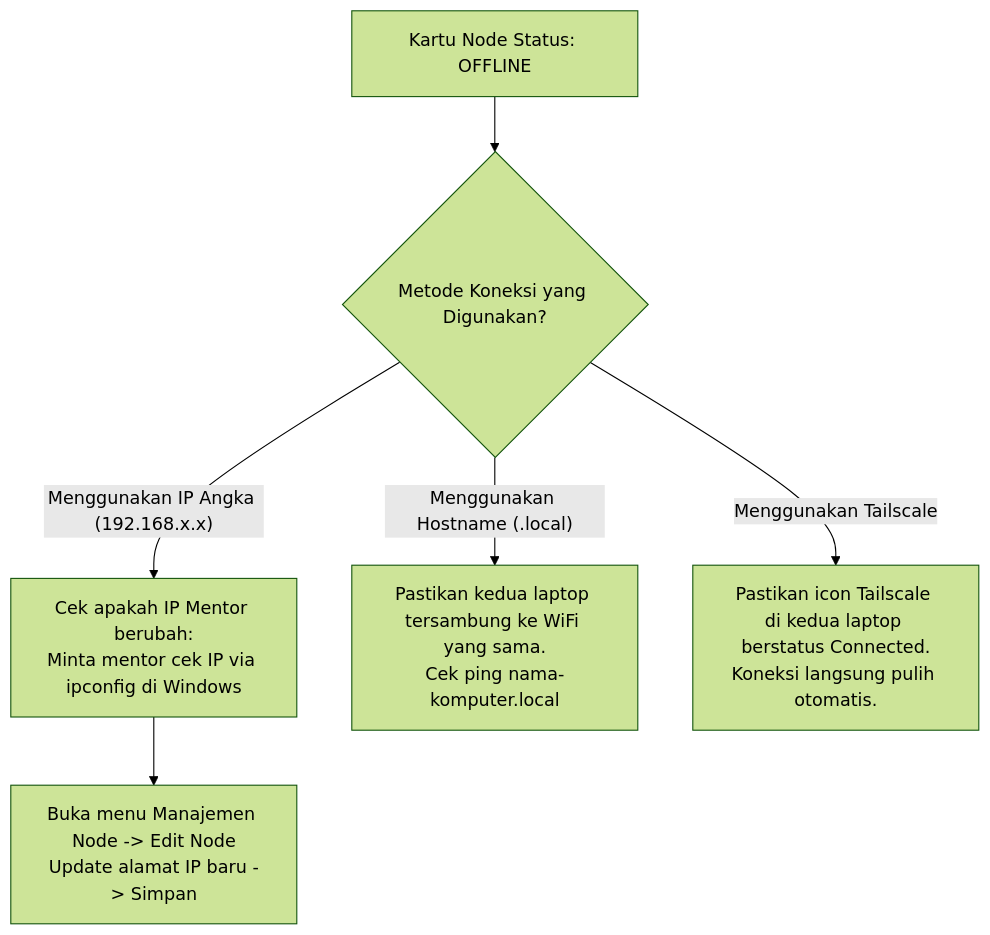
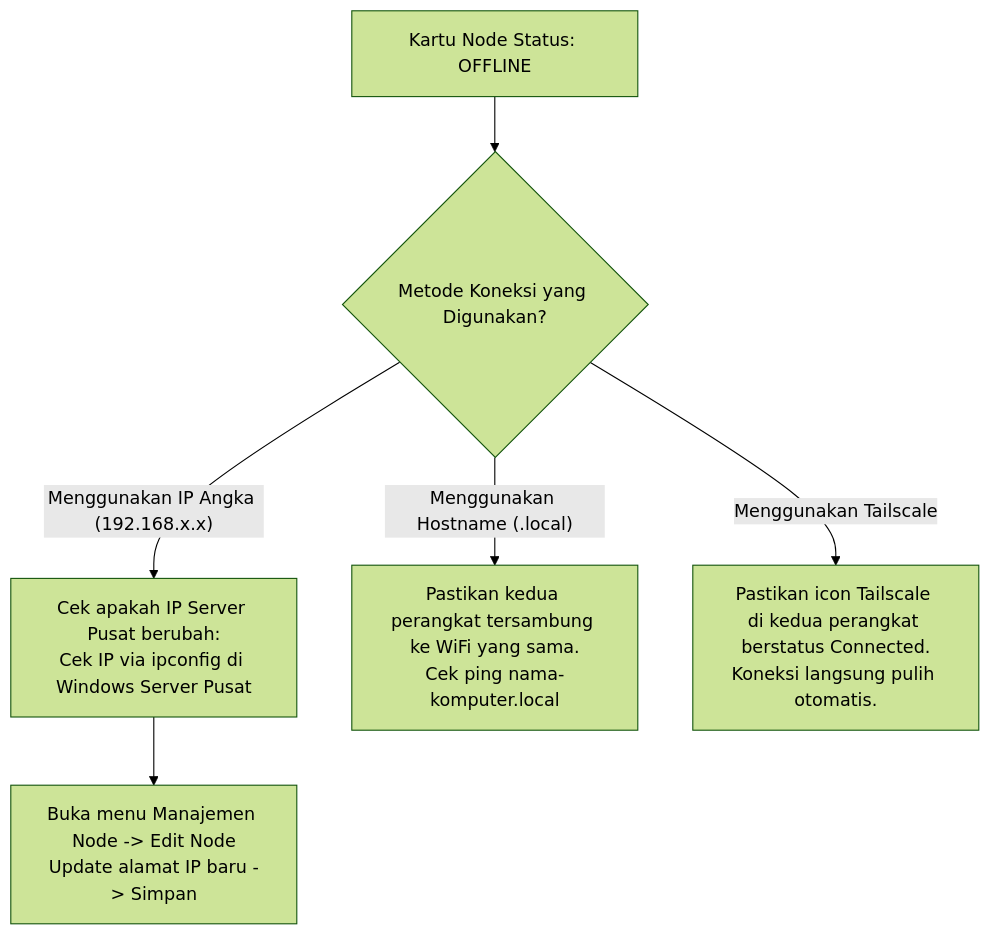
The diagram in PANDUAN_SETUP_NODE_DAN_RESOLUSI_IP.md (rafiosadani/agrosync-hub), drawn with Mermaid (forest theme) before and after one commit. The commit also changed other lines of this file and 11 other files, not shown here.

````diff
--- a/PANDUAN_SETUP_NODE_DAN_RESOLUSI_IP.md
+++ b/PANDUAN_SETUP_NODE_DAN_RESOLUSI_IP.md
@@ -169,11 +169,11 @@
 ```mermaid
 flowchart TD
     A["Kartu Node Status: OFFLINE"] --> B{"Metode Koneksi yang Digunakan?"}
     
-    B -->|"Menggunakan IP Angka (192.168.x.x)"| C["Cek apakah IP Mentor berubah:<br/>Minta mentor cek IP via ipconfig di Windows"]
+    B -->|"Menggunakan IP Angka (192.168.x.x)"| C["Cek apakah IP Server Pusat berubah:<br/>Cek IP via ipconfig di Windows Server Pusat"]
     C --> D["Buka menu Manajemen Node -> Edit Node<br/>Update alamat IP baru -> Simpan"]
     
-    B -->|"Menggunakan Hostname (.local)"| E["Pastikan kedua laptop tersambung ke WiFi yang sama.<br/>Cek ping nama-komputer.local"]
+    B -->|"Menggunakan Hostname (.local)"| E["Pastikan kedua perangkat tersambung ke WiFi yang sama.<br/>Cek ping nama-komputer.local"]
     
-    B -->|"Menggunakan Tailscale"| F["Pastikan icon Tailscale di kedua laptop berstatus Connected.<br/>Koneksi langsung pulih otomatis."]
+    B -->|"Menggunakan Tailscale"| F["Pastikan icon Tailscale di kedua perangkat berstatus Connected.<br/>Koneksi langsung pulih otomatis."]
 ```
````
